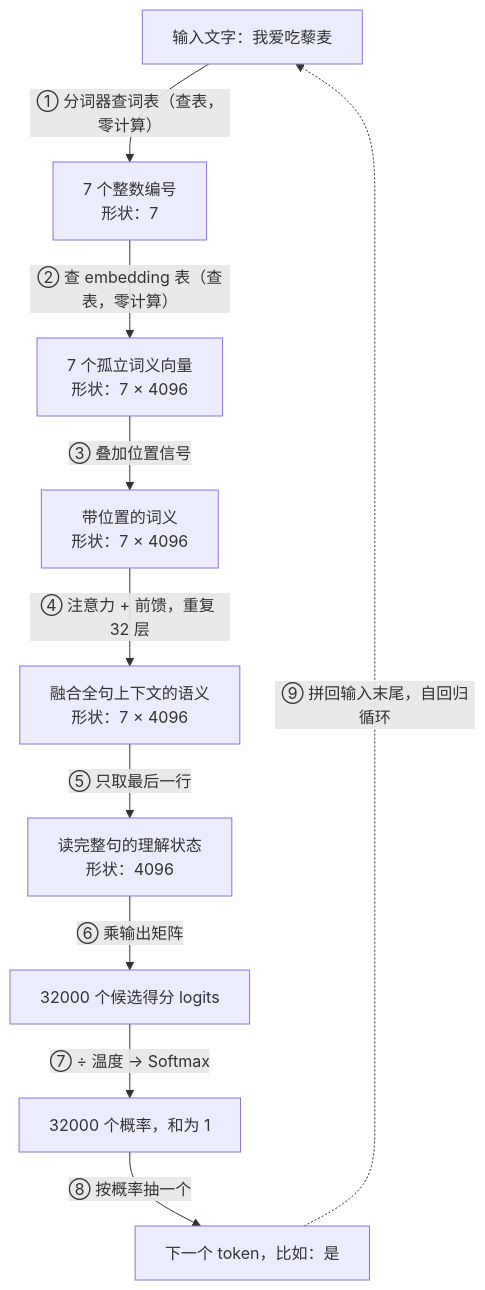
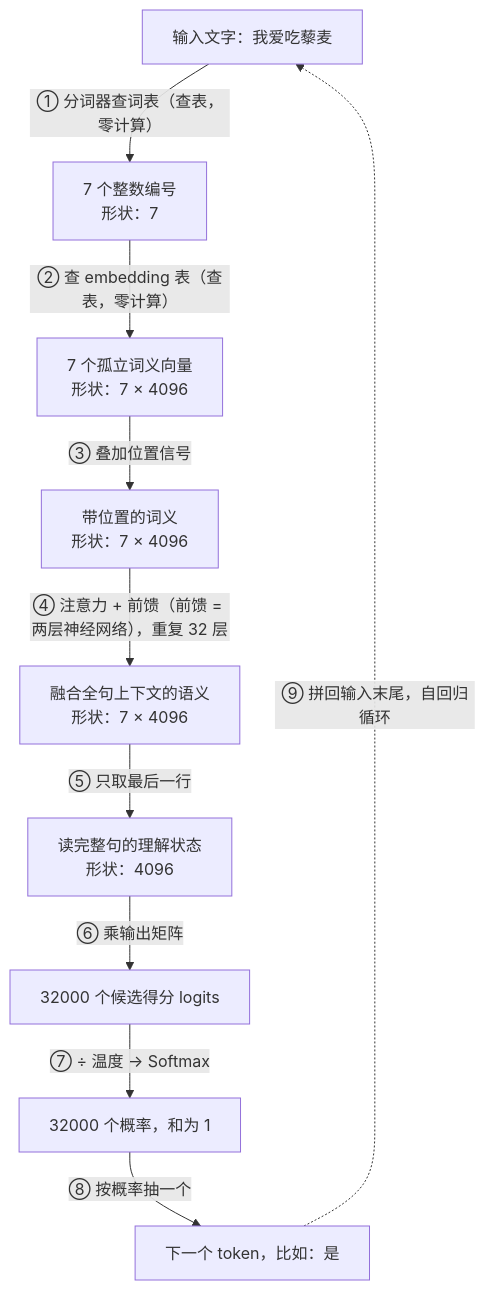
The first of 3 diagrams in Marauder'sMap/Library/AI/Map.md (YuArtian/maraudersmap), drawn with Mermaid before and after one commit. The commit also changed other lines of this file and 5 other files, not shown here.

Commit message:
更新《写作规范》文档，新增关于附录内容的指导，强调主线与附录的分离，确保读者不被旁支干扰。同时，调整《AI 知识地图》、《Transformer》及《Map》文档，明确前馈网络与 Transformer 的关系，修正相关术语与内容，提升整体可读性与一致性。

````diff
--- a/Marauder'sMap/Library/AI/Map.md
+++ b/Marauder'sMap/Library/AI/Map.md
@@ -33,21 +22,21 @@
 ```mermaid
 flowchart TD
     A["输入文字：我爱吃藜麦"]
     B["7 个整数编号<br/>形状：7"]
     C["7 个孤立词义向量<br/>形状：7 × 4096"]
     D["带位置的词义<br/>形状：7 × 4096"]
     E["融合全句上下文的语义<br/>形状：7 × 4096"]
     F["读完整句的理解状态<br/>形状：4096"]
     G["32000 个候选得分 logits"]
     H["32000 个概率，和为 1"]
     I["下一个 token，比如：是"]
     A -->|"① 分词器查词表（查表，零计算）"| B
     B -->|"② 查 embedding 表（查表，零计算）"| C
     C -->|"③ 叠加位置信号"| D
-    D -->|"④ 注意力 + 前馈，重复 32 层"| E
+    D -->|"④ 注意力 + 前馈（前馈 = 两层神经网络），重复 32 层"| E
     E -->|"⑤ 只取最后一行"| F
     F -->|"⑥ 乘输出矩阵"| G
     G -->|"⑦ ÷ 温度 → Softmax"| H
     H -->|"⑧ 按概率抽一个"| I
     I -.->|"⑨ 拼回输入末尾，自回归循环"| A
 ```
````
